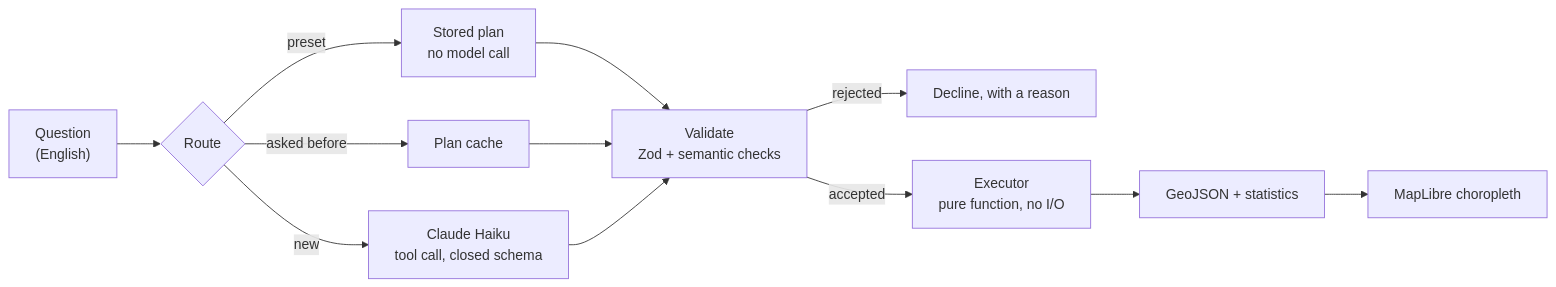
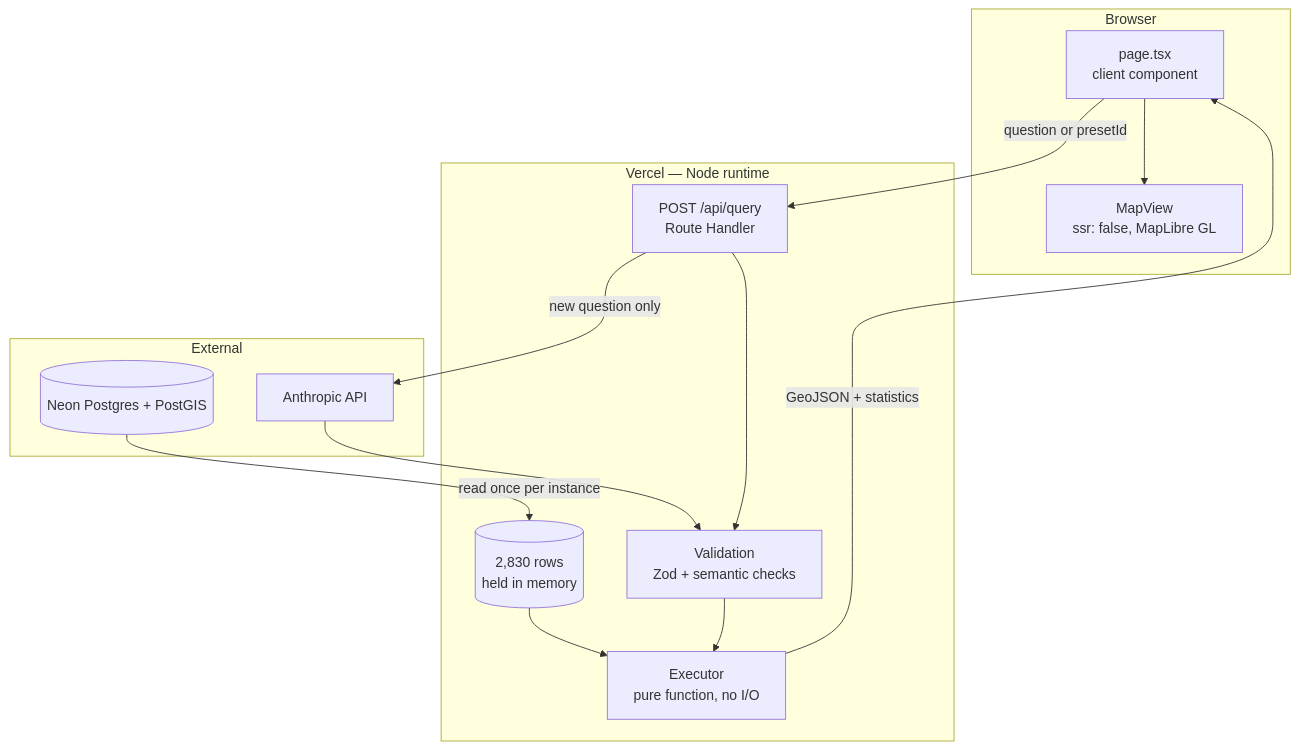
One commit to Changliu53/catchment changed the diagram in README.md. Above: the diagram before and after it, drawn with Mermaid. The commit also changed other lines of this file, not shown here.

````diff
--- a/README.md
+++ b/README.md
@@ -23,14 +22,29 @@
 ```mermaid
-flowchart LR
-  Q["Question<br/>(English)"] --> R{Route}
-  R -->|preset| P["Stored plan<br/>no model call"]
-  R -->|asked before| C["Plan cache"]
-  R -->|new| M["Claude Haiku<br/>tool call, closed schema"]
-  P --> V["Validate<br/>Zod + semantic checks"]
-  C --> V
-  M --> V
-  V -->|rejected| D["Decline, with a reason"]
-  V -->|accepted| E["Executor<br/>pure function, no I/O"]
-  E --> G["GeoJSON + statistics"]
-  G --> U["MapLibre choropleth"]
+flowchart TB
+  subgraph browser["Browser"]
+    UI["page.tsx<br/>client component"]
+    MAP["MapView<br/>ssr: false, MapLibre GL"]
+  end
+
+  subgraph server["Vercel — Node runtime"]
+    API["POST /api/query<br/>Route Handler"]
+    VAL["Validation<br/>Zod + semantic checks"]
+    EXE["Executor<br/>pure function, no I/O"]
+    MEM[("2,830 rows<br/>held in memory")]
+  end
+
+  subgraph ext["External"]
+    DB[("Neon Postgres + PostGIS")]
+    LLM["Anthropic API"]
+  end
+
+  UI -->|"question or presetId"| API
+  API -->|"new question only"| LLM
+  LLM --> VAL
+  API --> VAL
+  VAL --> EXE
+  MEM --> EXE
+  DB -->|"read once per instance"| MEM
+  EXE -->|"GeoJSON + statistics"| UI
+  UI --> MAP
 ```
````
